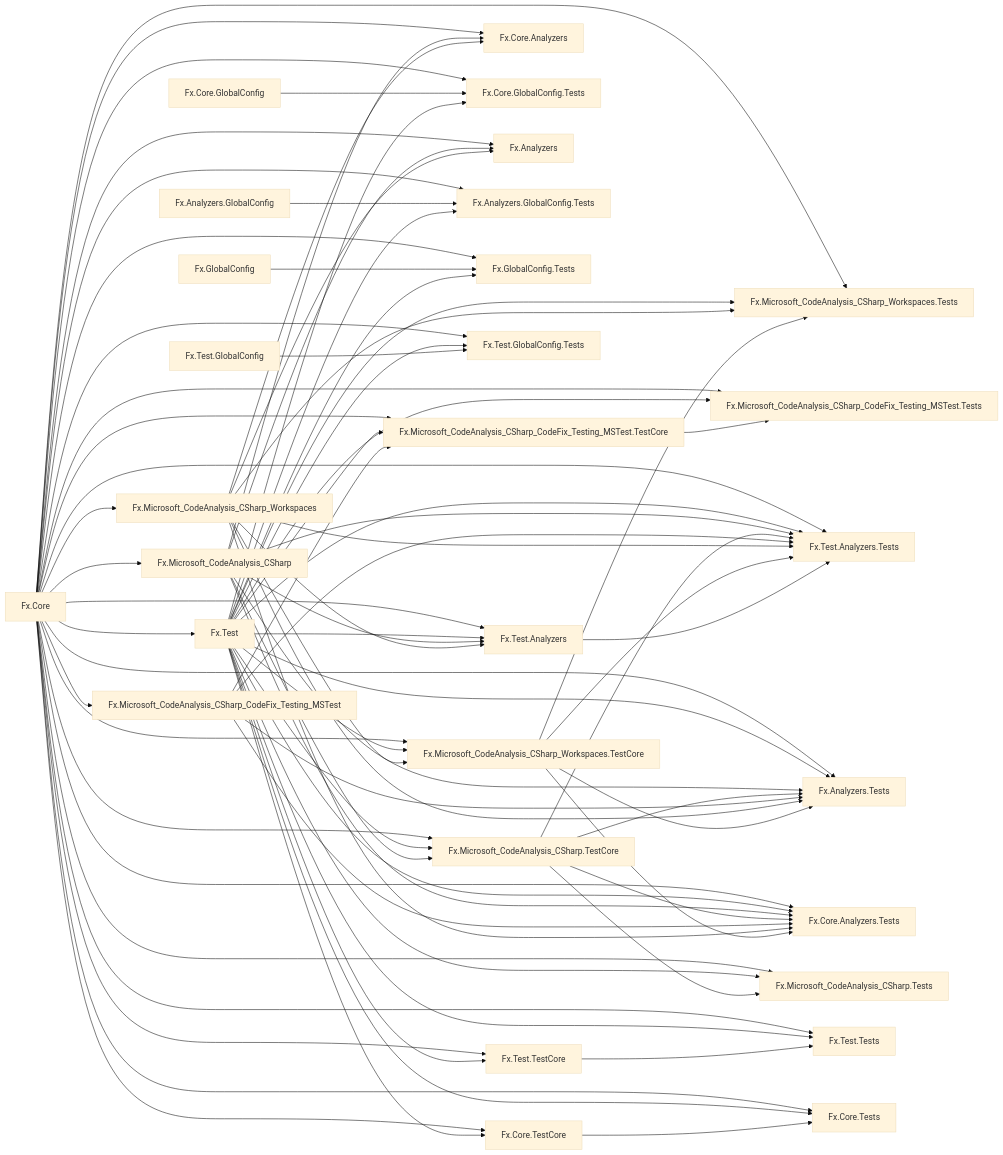
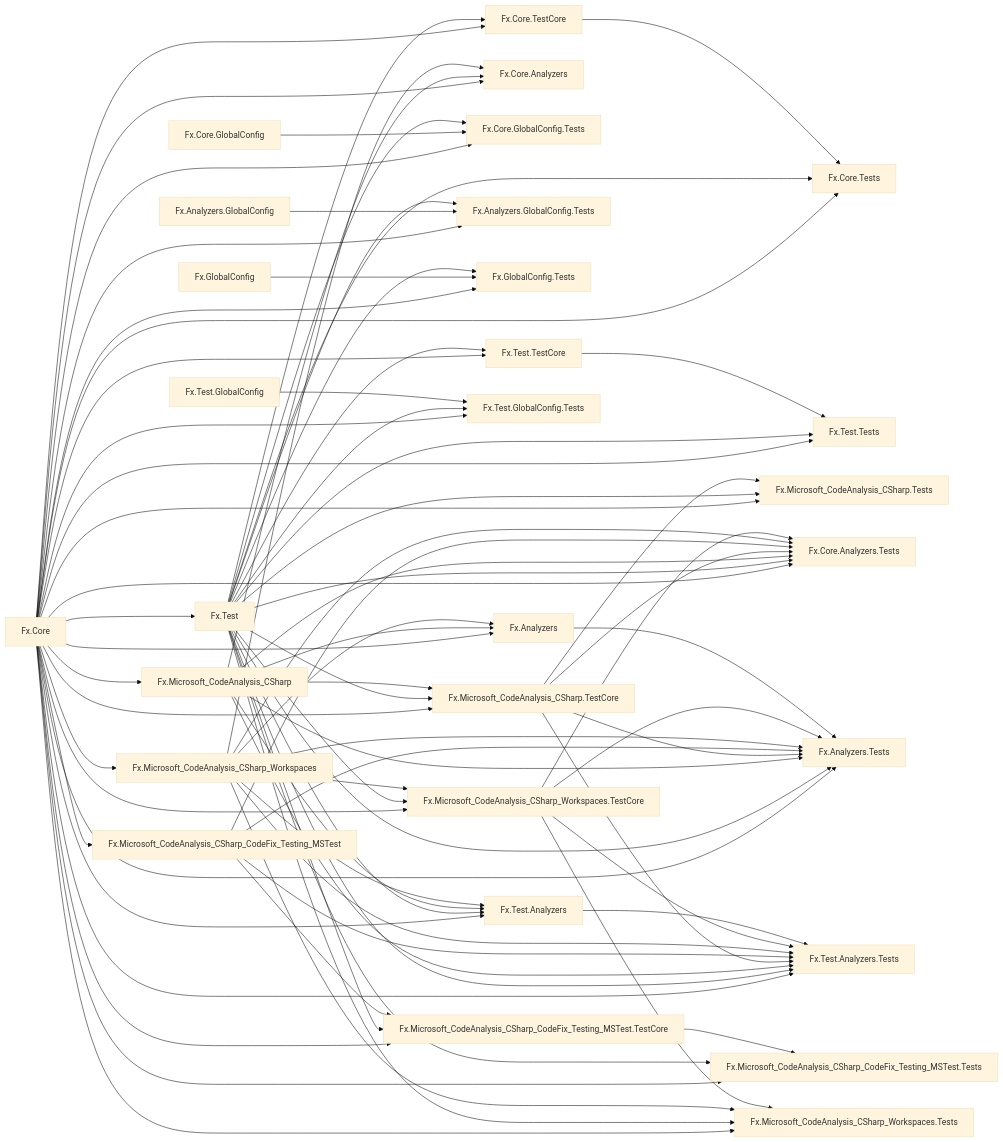
The diagram in graph.md (ravudet/Fx.Core), drawn with Mermaid (base theme) before and after one commit.

```diff
--- a/graph.md
+++ b/graph.md
@@ -64,6 +64,7 @@
 	Fx.Microsoft_CodeAnalysis_CSharp_CodeFix_Testing_MSTest --> Fx.Analyzers.Tests
 	Fx.Microsoft_CodeAnalysis_CSharp_Workspaces --> Fx.Analyzers.Tests
 	Fx.Microsoft_CodeAnalysis_CSharp_Workspaces.TestCore --> Fx.Analyzers.Tests
+	Fx.Analyzers --> Fx.Analyzers.Tests
 
 	Fx.Core -->  Fx.Analyzers.GlobalConfig.Tests
 	Fx.Analyzers.GlobalConfig --> Fx.Analyzers.GlobalConfig.Tests
```
